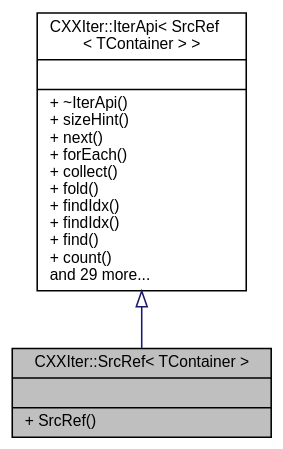
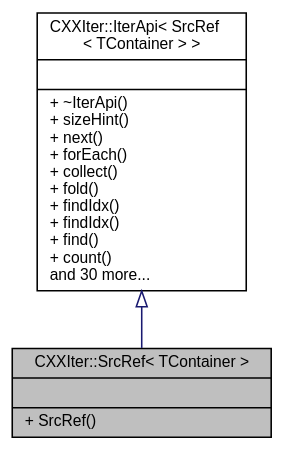
One commit to seijikun/CXXIter changed the diagram in classCXXIter_1_1SrcRef__inherit__graph.dot. Above: the diagram before and after it, drawn with Graphviz. The commit also changed 25 other files, not shown here.

```diff
--- a/classCXXIter_1_1SrcRef__inherit__graph.dot
+++ b/classCXXIter_1_1SrcRef__inherit__graph.dot
@@ -1,11 +1,11 @@
 digraph "CXXIter::SrcRef&lt; TContainer &gt;"
 {
  // INTERACTIVE_SVG=YES
  // LATEX_PDF_SIZE
   bgcolor="transparent";
   edge [fontname="Helvetica",fontsize="10",labelfontname="Helvetica",labelfontsize="10"];
   node [fontname="Helvetica",fontsize="10",shape=record];
   Node1 [label="{CXXIter::SrcRef\< TContainer \>\n||+ SrcRef()\l}",height=0.2,width=0.4,color="black", fillcolor="grey75", style="filled", fontcolor="black",tooltip="CXXIter iterator source that mutably borrows the input item source, and passes mutable references to ..."];
   Node2 -> Node1 [dir="back",color="midnightblue",fontsize="10",style="solid",arrowtail="onormal",fontname="Helvetica"];
-  Node2 [label="{CXXIter::IterApi\< SrcRef\l\< TContainer \> \>\n||+ ~IterApi()\l+ sizeHint()\l+ next()\l+ forEach()\l+ collect()\l+ fold()\l+ findIdx()\l+ findIdx()\l+ find()\l+ count()\land 29 more...\l}",height=0.2,width=0.4,color="black",URL="$classCXXIter_1_1IterApi.html",tooltip=" "];
+  Node2 [label="{CXXIter::IterApi\< SrcRef\l\< TContainer \> \>\n||+ ~IterApi()\l+ sizeHint()\l+ next()\l+ forEach()\l+ collect()\l+ fold()\l+ findIdx()\l+ findIdx()\l+ find()\l+ count()\land 30 more...\l}",height=0.2,width=0.4,color="black",URL="$classCXXIter_1_1IterApi.html",tooltip=" "];
 }
```
